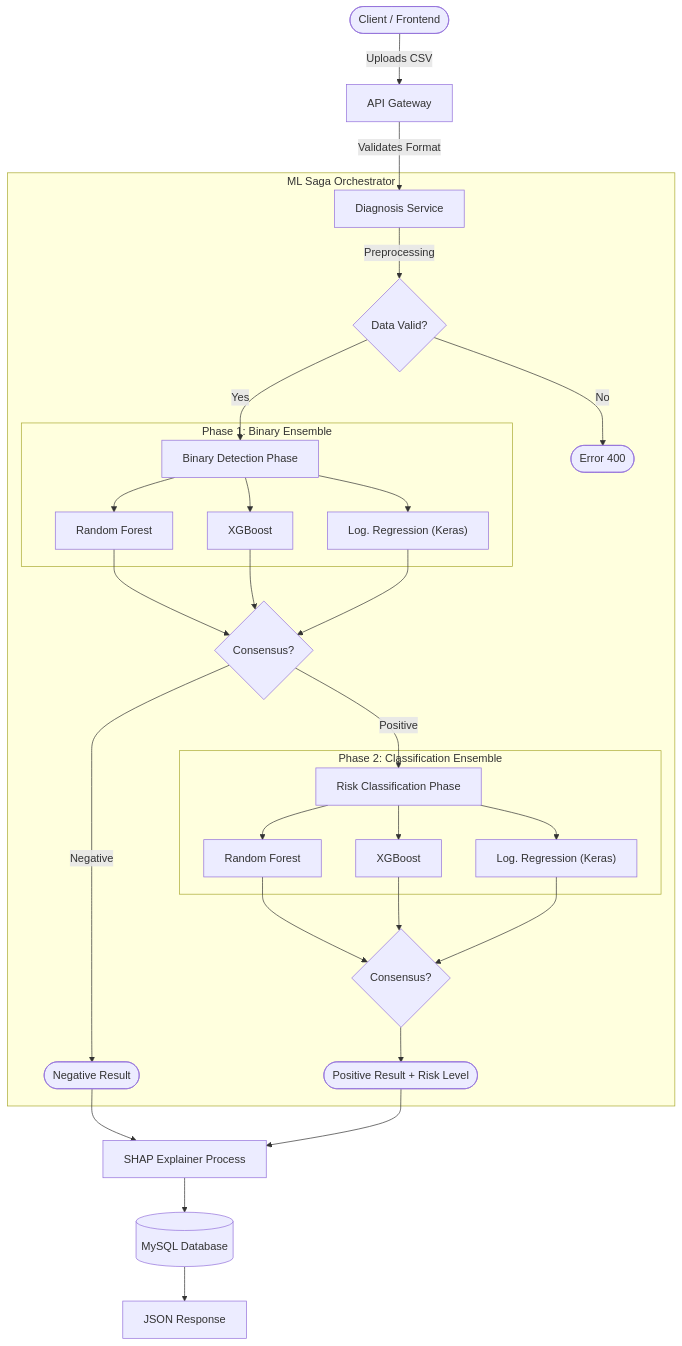
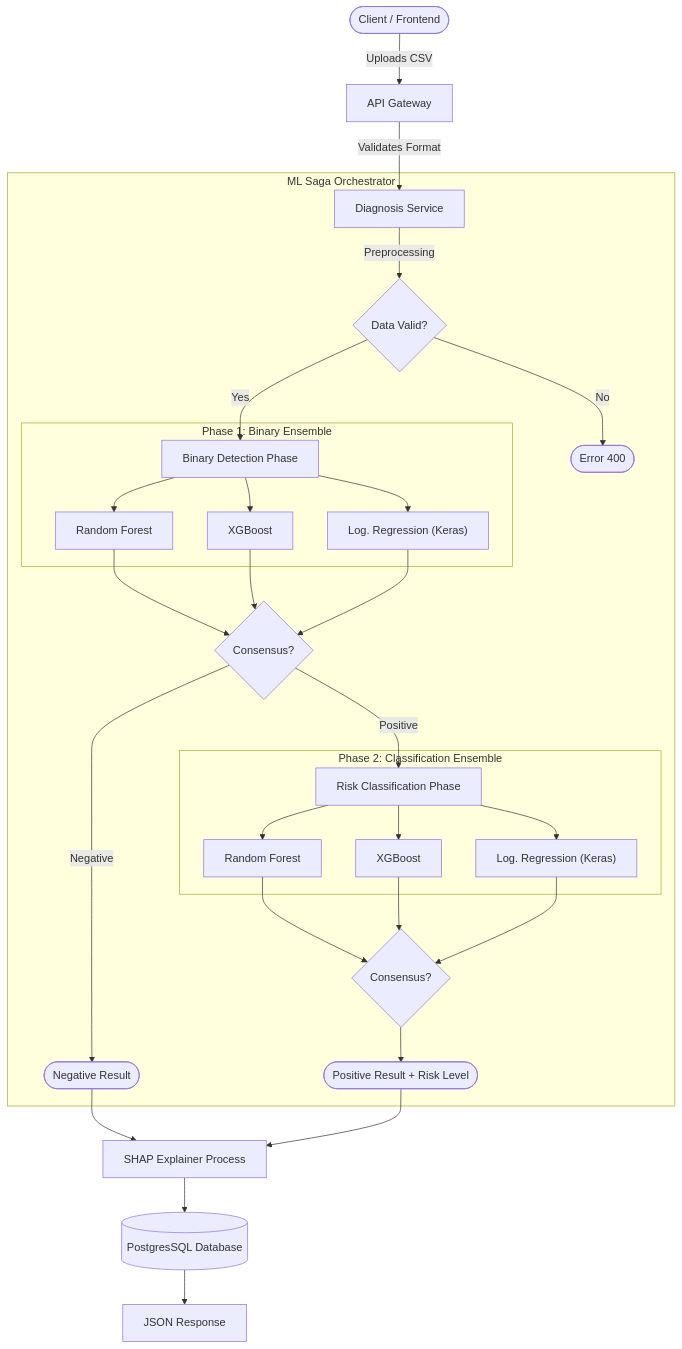
Before and after one commit to mirazopablo/miel-ia: the diagram in README.md, drawn with Mermaid. The commit also changed other lines of this file, not shown here.

Commit message:
docs(docs): New Readme (Postgresql change)

````diff
--- a/README.md
+++ b/README.md
@@ -57,34 +57,34 @@
 ```mermaid
 graph TD
     User([ Client / Frontend]) -->|Uploads CSV| API[API Gateway]
     API -->|Validates Format| Svc[Diagnosis Service]
 
     subgraph " ML Saga Orchestrator"
         Svc -->|Preprocessing| Data{Data Valid?}
         Data -->|No| Err([Error 400])
         Data -->|Yes| Bin[ Binary Detection Phase]
         
         subgraph "Phase 1: Binary Ensemble"
             Bin --> RF1[Random Forest]
             Bin --> XGB1[XGBoost]
             Bin --> LR1["Log. Regression (Keras)"]
         end
 
         RF1 & XGB1 & LR1 --> Vote1{Consensus?}
         Vote1 -->|Negative| ResNeg([Negative Result])
         Vote1 -->|Positive| Class[ Risk Classification Phase]
 
         subgraph "Phase 2: Classification Ensemble"
             Class --> RF2[Random Forest]
             Class --> XGB2[XGBoost]
             Class --> LR2["Log. Regression (Keras)"]
         end
 
         RF2 & XGB2 & LR2 --> Vote2{Consensus?}
         Vote2 --> ResPos([Positive Result + Risk Level])
     end
 
     ResNeg & ResPos --> SHAP[SHAP Explainer Process]
-    SHAP --> DB[(MySQL Database)]
+    SHAP --> DB[(PostgresSQL Database)]
     DB --> Resp[JSON Response]
 ```
````
